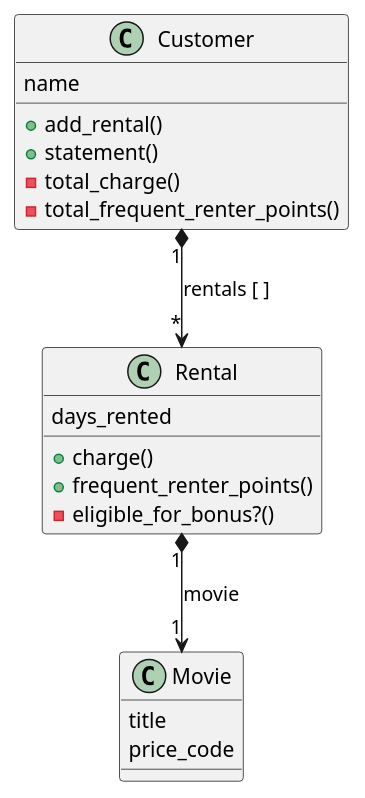
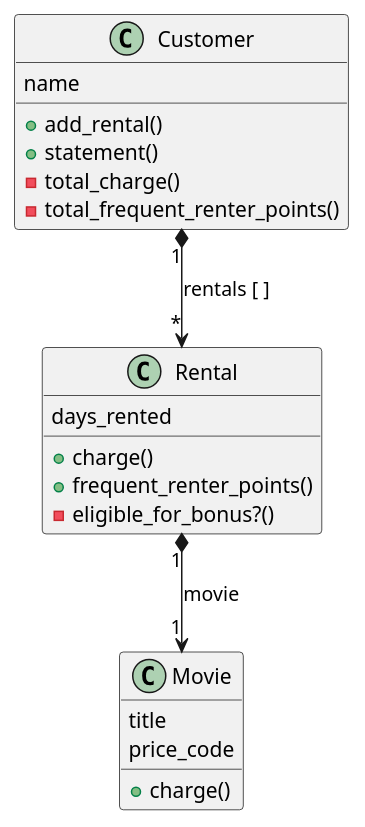
The diagram in rental_store.puml (meta-morpho-sys/RefactoringRubyEdition), drawn with PlantUML before and after one commit. The commit also changed 7 other files, not shown here.

```diff
--- a/rental_store.puml
+++ b/rental_store.puml
@@ -1,30 +1,31 @@
 @startuml
 
 class Customer {
     name
 
     +add_rental()
     +statement()
     -total_charge()
     -total_frequent_renter_points()
 
 
 }
 
 class Rental {
 
     days_rented
     +charge()
     +frequent_renter_points()
     -eligible_for_bonus?()
 }
 
 class Movie {
     title
     price_code
+    +charge()
 }
 
 Rental "1" *--> "1" Movie: movie
 Customer "1" *--> "*" Rental: rentals [ ]
 
 @enduml
```
